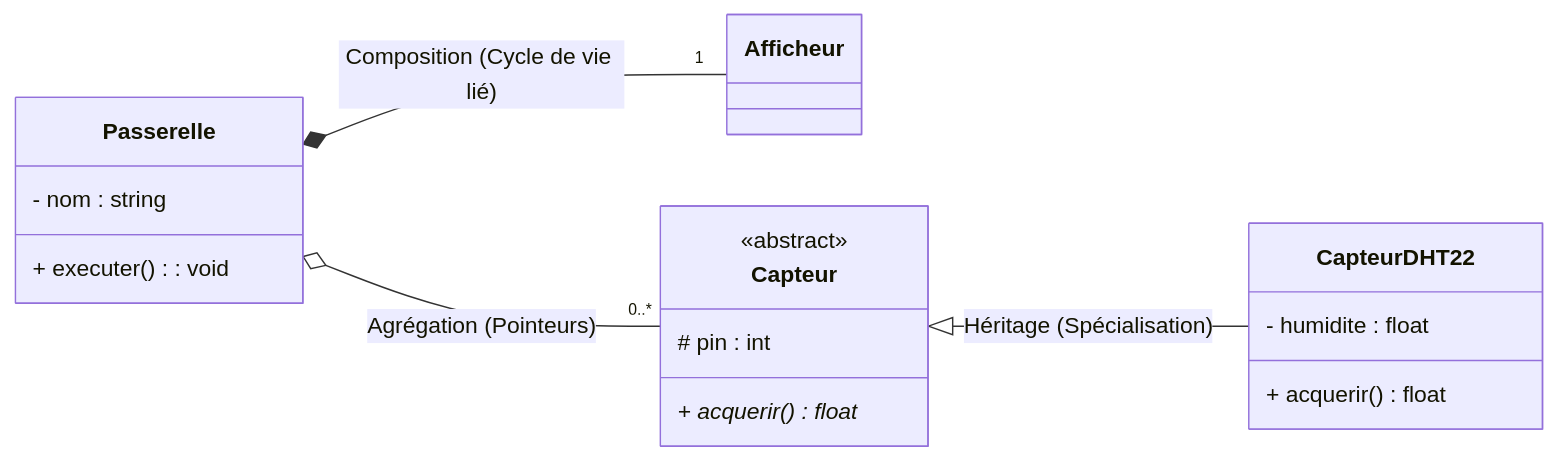
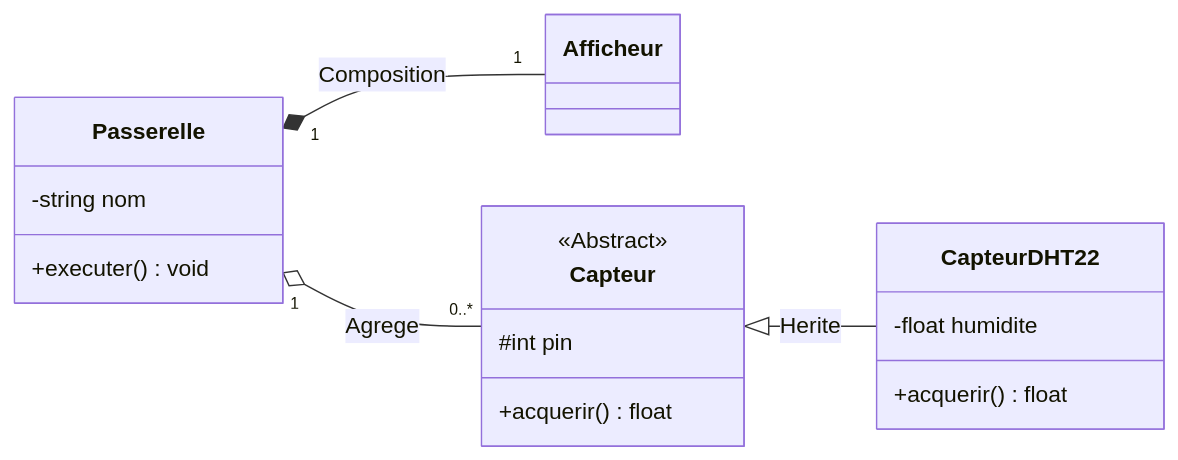
Before and after one commit to CIEL2-JR-UML/template-ciel2-uml: the diagram in cours/03-diagramme-classes/README.md, drawn with Mermaid. The commit also changed 3 other files, not shown here.

Commit message:
fix(docs): ajout image SVG cycle en V et harmonisation des diagrammes

````diff
--- a/cours/03-diagramme-classes/README.md
+++ b/cours/03-diagramme-classes/README.md
@@ -43,22 +43,22 @@
 ```mermaid
 classDiagram
     direction LR
     class Afficheur
     class Passerelle {
-        - nom : string
-        + executer() : void
+        -string nom
+        +executer() void
     }
     class Capteur {
-        <<abstract>>
-        # pin : int
-        + acquerir()* float
+        <<Abstract>>
+        #int pin
+        +acquerir() float
     }
     class CapteurDHT22 {
-        - humidite : float
-        + acquerir() float
+        -float humidite
+        +acquerir() float
     }
 
-    Passerelle *-- "1" Afficheur : Composition (Cycle de vie lié)
-    Passerelle o-- "0..*" Capteur : Agrégation (Pointeurs)
-    Capteur <|-- CapteurDHT22 : Héritage (Spécialisation)
+    Passerelle "1" *-- "1" Afficheur : Composition
+    Passerelle "1" o-- "0..*" Capteur : Agrege
+    Capteur <|-- CapteurDHT22 : Herite
 ```
````
